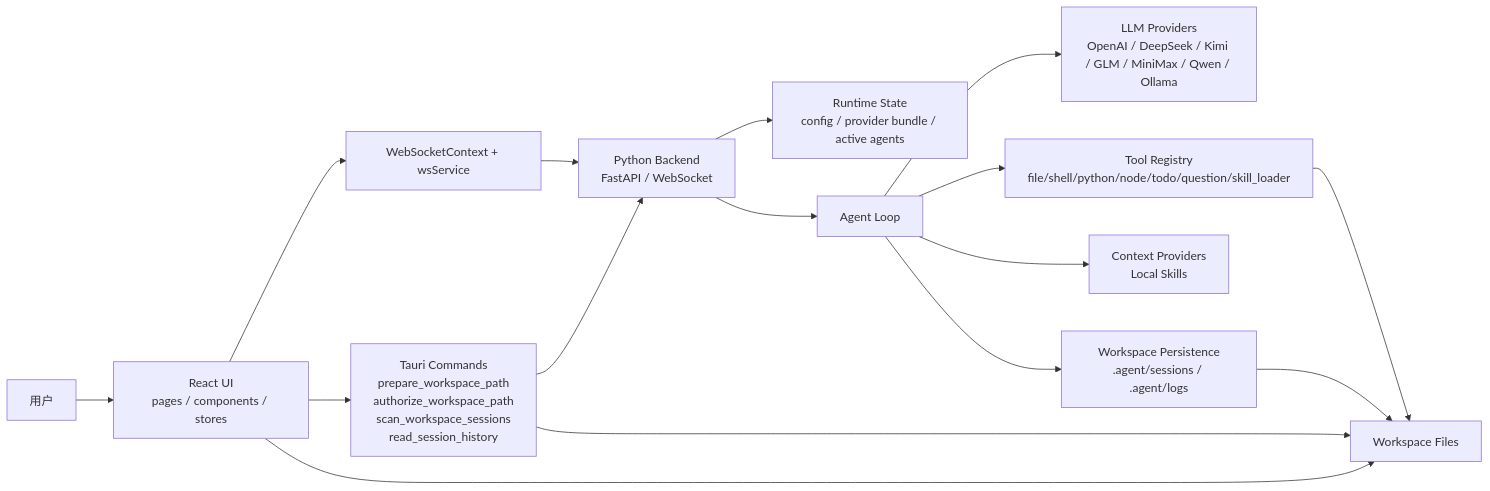
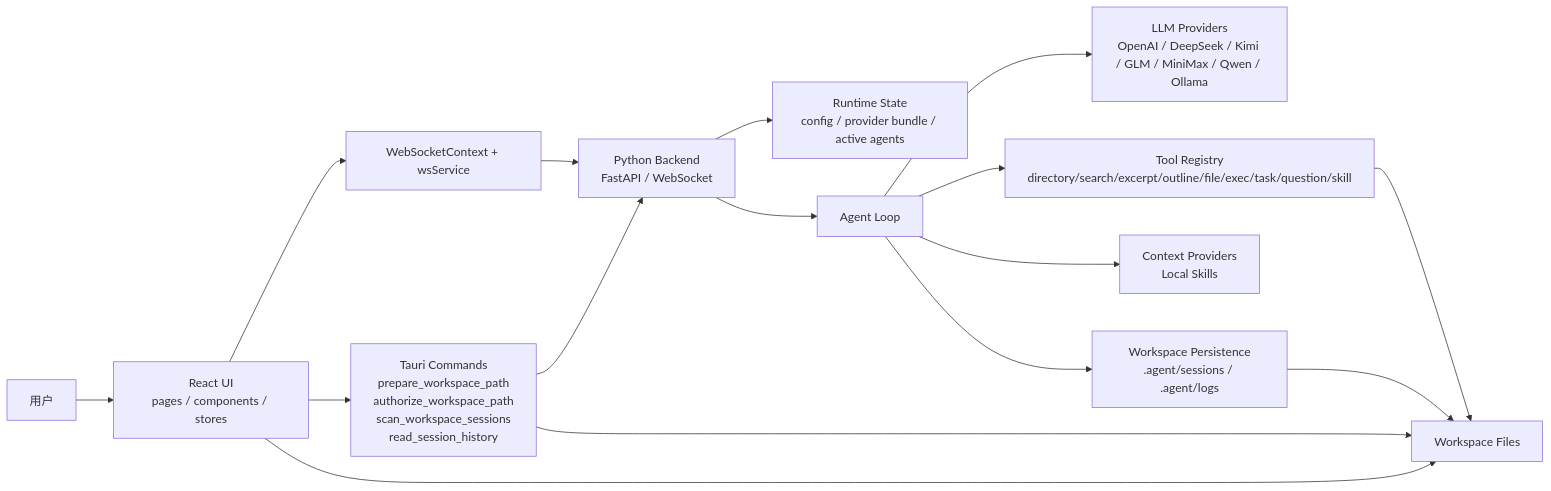
The first of 5 diagrams in architecture.md (ChqJourney/simple_agent), drawn with Mermaid before and after one commit. The commit also changed other lines of this file and 49 other files, not shown here.

````diff
--- a/architecture.md
+++ b/architecture.md
@@ -22,20 +23,20 @@
 ```mermaid
 flowchart LR
     User["用户"] --> UI["React UI<br/>pages / components / stores"]
     UI --> WS["WebSocketContext + wsService"]
     UI --> Tauri["Tauri Commands<br/>prepare_workspace_path<br/>authorize_workspace_path<br/>scan_workspace_sessions<br/>read_session_history"]
     WS --> Backend["Python Backend<br/>FastAPI / WebSocket"]
     Tauri --> Backend
 
     Backend --> Runtime["Runtime State<br/>config / provider bundle / active agents"]
     Backend --> Agent["Agent Loop"]
     Agent --> LLM["LLM Providers<br/>OpenAI / DeepSeek / Kimi / GLM / MiniMax / Qwen / Ollama"]
-    Agent --> Tools["Tool Registry<br/>file/shell/python/node/todo/question/skill_loader"]
+    Agent --> Tools["Tool Registry<br/>directory/search/excerpt/outline/file/exec/task/question/skill"]
     Agent --> Context["Context Providers<br/>Local Skills"]
     Agent --> Persist["Workspace Persistence<br/>.agent/sessions / .agent/logs"]
 
     Tools --> Workspace["Workspace Files"]
     Persist --> Workspace
     Tauri --> Workspace
     UI --> Workspace
 ```
````
